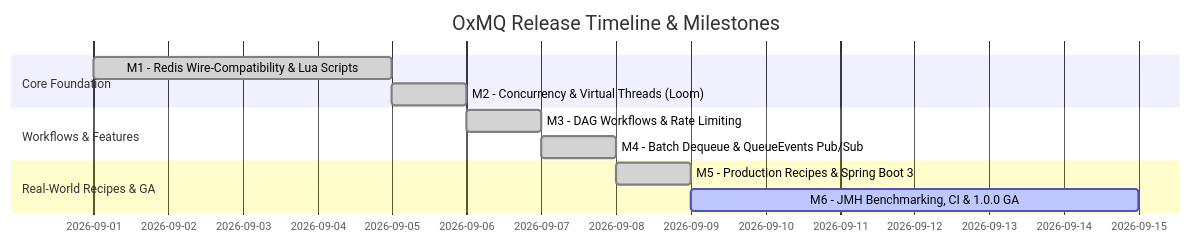
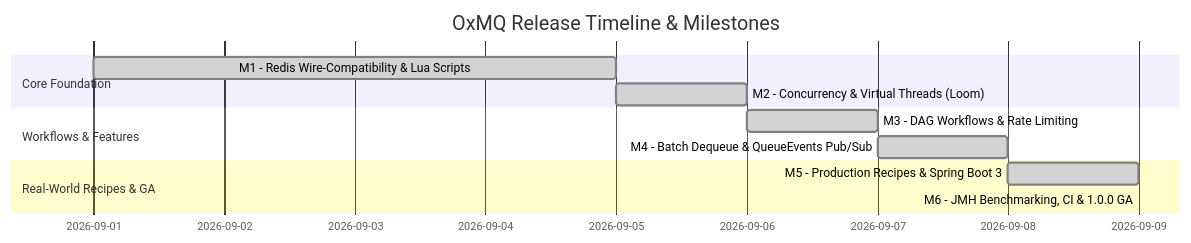
Before and after one commit to gaurav10610/oxmq: the diagram in docs/ROADMAP.md, drawn with Mermaid. The commit also changed other lines of this file and 6 other files, not shown here.

````diff
--- a/docs/ROADMAP.md
+++ b/docs/ROADMAP.md
@@ -11,14 +11,14 @@
 ```mermaid
 gantt
     title OxMQ Release Timeline & Milestones
     dateFormat  YYYY-MM-DD
     section Core Foundation
     M1 - Redis Wire-Compatibility & Lua Scripts :done, 2026-09-01, 2026-09-05
     M2 - Concurrency & Virtual Threads (Loom)   :done, 2026-09-05, 2026-09-06
     section Workflows & Features
     M3 - DAG Workflows & Rate Limiting          :done, 2026-09-06, 2026-09-07
     M4 - Batch Dequeue & QueueEvents Pub/Sub    :done, 2026-09-07, 2026-09-08
     section Real-World Recipes & GA
     M5 - Production Recipes & Spring Boot 3     :done, 2026-09-08, 2026-09-09
-    M6 - JMH Benchmarking, CI & 1.0.0 GA        :active, 2026-09-09, 2026-09-15
+    M6 - JMH Benchmarking, CI & 1.0.0 GA        :done, 2026-09-09, 2026-09-09
 ```
````
